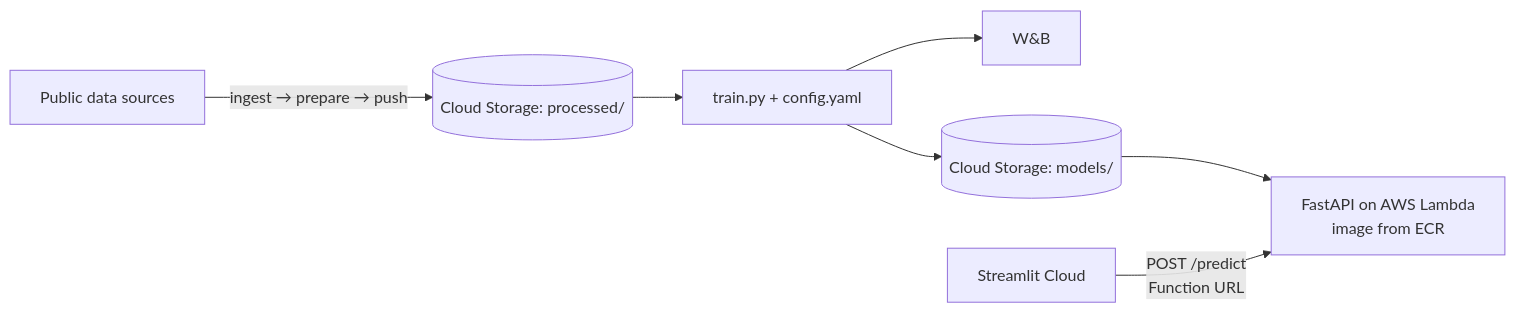
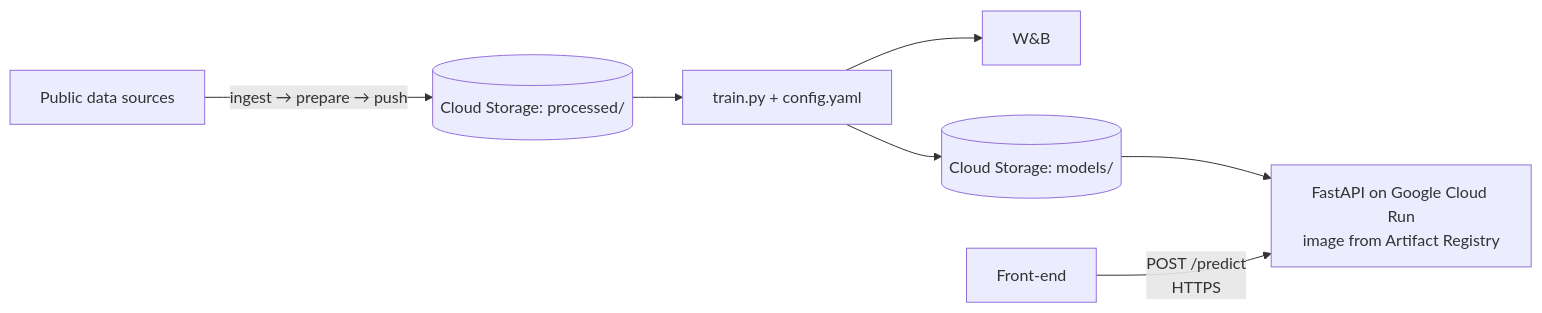
The diagram in docs/DEVELOPMENT_PLAN.md (haydn-s/climate-impact-pipeline), drawn with Mermaid before and after one commit. The commit also changed other lines of this file and 20 other files, not shown here.

````diff
--- a/docs/DEVELOPMENT_PLAN.md
+++ b/docs/DEVELOPMENT_PLAN.md
@@ -64,9 +64,9 @@
 ```mermaid
 flowchart LR
     SRC[Public data sources] -->|ingest → prepare → push| STORED[(Cloud Storage: processed/)]
     STORED --> TRAIN[train.py + config.yaml]
     TRAIN --> WB[W&B]
     TRAIN --> STOREM[(Cloud Storage: models/)]
-    STOREM --> API[FastAPI on AWS Lambda<br/>image from ECR]
-    UI[Streamlit Cloud] -->|POST /predict<br/>Function URL| API
+    STOREM --> API[FastAPI on Google Cloud Run<br/>image from Artifact Registry]
+    UI[Front-end] -->|POST /predict<br/>HTTPS| API
 ```
````
